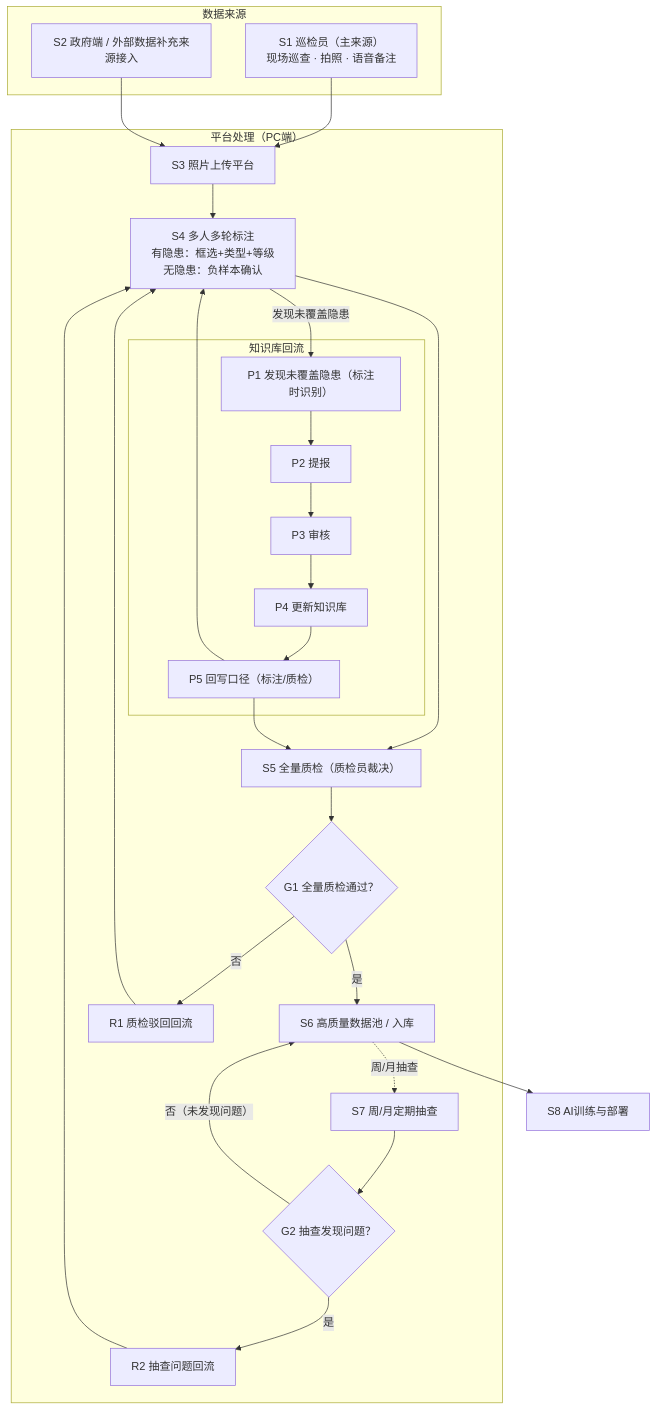
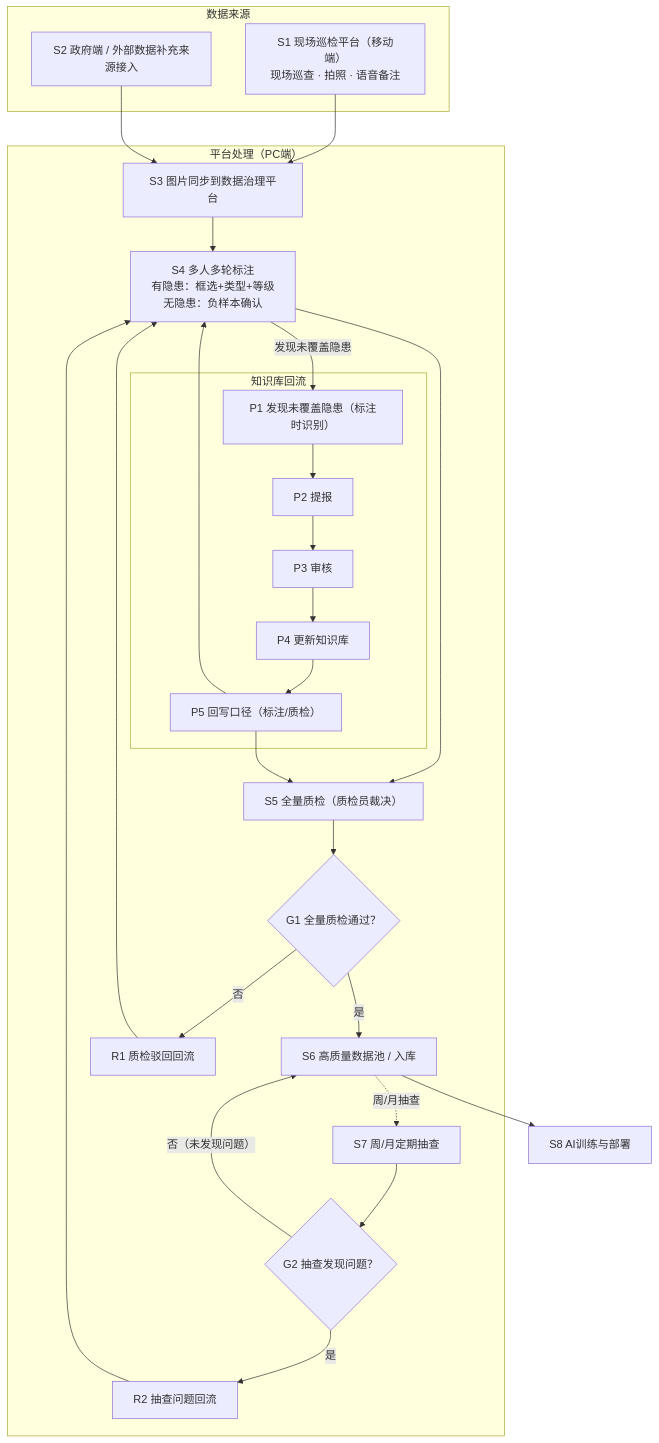
One commit to zhudan930612/Data-governance changed the diagram in 数据治理平台-Mermaid.mmd. Above: the diagram before and after it, drawn with Mermaid. The commit also changed 4 other files, not shown here.

```diff
--- a/数据治理平台-Mermaid.mmd
+++ b/数据治理平台-Mermaid.mmd
@@ -1,39 +1,39 @@
 %%{init: {'theme':'mc'}}%%
 flowchart TD
     subgraph SRC ["数据来源"]
-        A1["S1 巡检员（主来源）<br/>现场巡查 · 拍照 · 语音备注"]
+        A1["S1 现场巡检平台（移动端）<br/>现场巡查 · 拍照 · 语音备注"]
         A2["S2 政府端 / 外部数据补充来源接入"]
     end
 
-    A1 --> B["S3 照片上传平台"]
+    A1 --> B["S3 图片同步到数据治理平台"]
     A2 --> B
 
     subgraph PLT ["平台处理（PC端）"]
         B --> E["S4 多人多轮标注<br/>有隐患：框选+类型+等级<br/>无隐患：负样本确认"]
         E --> G["S5 全量质检（质检员裁决）"]
         G --> G1{"G1 全量质检通过？"}
         G1 -->|"是"| H["S6 高质量数据池 / 入库"]
         G1 -->|"否"| R1["R1 质检驳回回流"]
         R1 --> E
 
         H -.->|"周/月抽查"| S7["S7 周/月定期抽查"]
         S7 --> G2{"G2 抽查发现问题？"}
         G2 -->|"是"| R2["R2 抽查问题回流"]
         G2 -->|"否（未发现问题）"| H
         R2 --> E
 
         subgraph LOOP ["知识库回流"]
             U["P1 发现未覆盖隐患（标注时识别）"]
             U --> V["P2 提报"]
             V --> W["P3 审核"]
             W --> X["P4 更新知识库"]
             X --> Y["P5 回写口径（标注/质检）"]
         end
 
         E -->|"发现未覆盖隐患"| U
         Y --> E
         Y --> G
     end
 
 
     H --> M["S8 AI训练与部署"]
```
